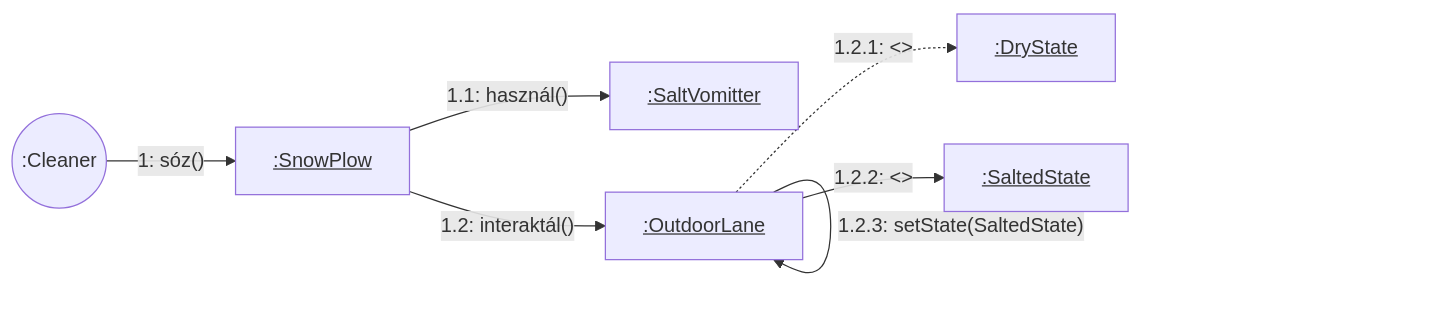
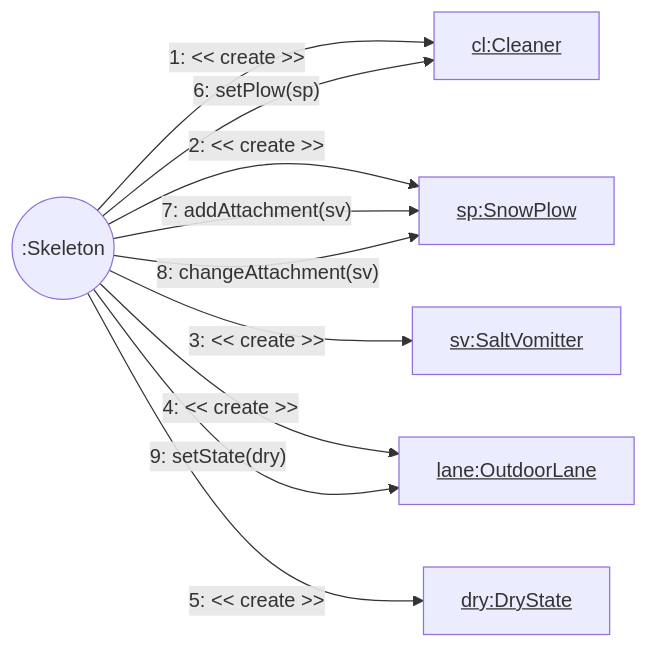
The diagram in docs/05/kommunikacios_diagrammok/12-Hókotró_soszorófejjel.md (toth-andor/UneNotteANapoli), drawn with Mermaid before and after one commit.

````diff
--- a/docs/05/kommunikacios_diagrammok/12-Hókotró_soszorófejjel.md
+++ b/docs/05/kommunikacios_diagrammok/12-Hókotró_soszorófejjel.md
@@ -1,16 +1,20 @@
 ```mermaid
 graph LR
-    C((:Cleaner))
-    SP[<u>:SnowPlow</u>]
-    SV[<u>:SaltVomitter</u>]
-    OL[<u>:OutdoorLane</u>]
-    DS[<u>:DryState</u>]
-    SS[<u>:SaltedState</u>]
+    SK((:Skeleton))
+    CL[<u>cl:Cleaner</u>]
+    SP[<u>sp:SnowPlow</u>]
+    SV[<u>sv:SaltVomitter</u>]
+    OL[<u>lane:OutdoorLane</u>]
+    DS[<u>dry:DryState</u>]
 
-    C -- "1: sóz()" --> SP
-    SP -- "1.1: használ()" --> SV
-    SP -- "1.2: interaktál()" --> OL
-    OL -. "1.2.1: <<megszüntet>>" .-> DS
-    OL -- "1.2.2: <<létrehoz>>" --> SS
-    OL -- "1.2.3: setState(SaltedState)" --> OL
+    SK -- "1: << create >>" --> CL
+    SK -- "2: << create >>" --> SP
+    SK -- "3: << create >>" --> SV
+    SK -- "4: << create >>" --> OL
+    SK -- "5: << create >>" --> DS
+
+    SK -- "6: setPlow(sp)" --> CL
+    SK -- "7: addAttachment(sv)" --> SP
+    SK -- "8: changeAttachment(sv)" --> SP
+    SK -- "9: setState(dry)" --> OL
 ```
````
